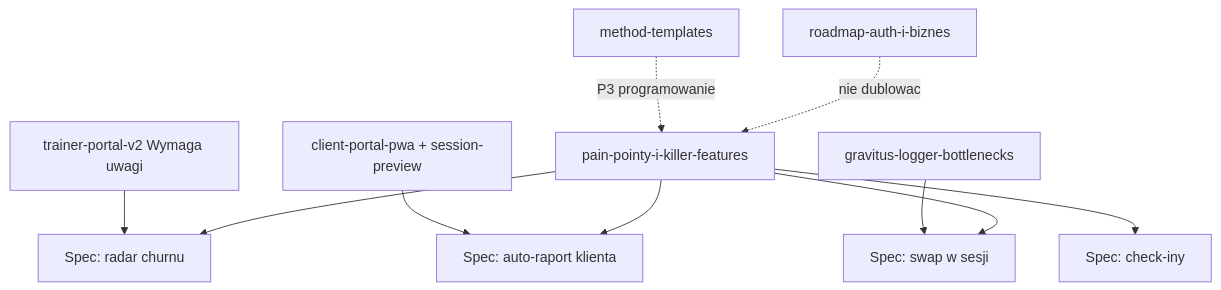
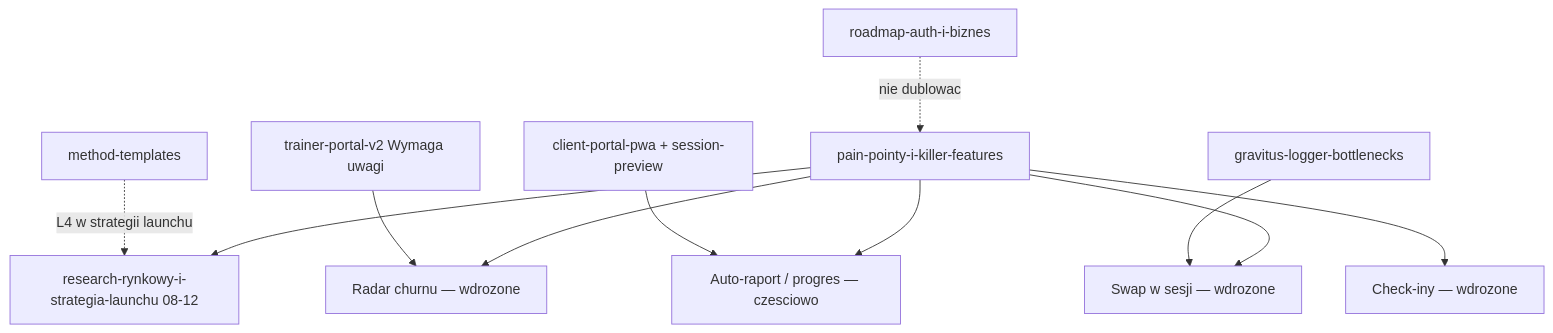
One commit to Prezentytu/trainer-app changed the second of 2 diagrams in .ai/specs/2026-07-30-pain-pointy-i-killer-features.md. Above: the diagram before and after it, drawn with Mermaid. The commit also changed other lines of this file and 7 other files, not shown here.

````diff
--- a/.ai/specs/2026-07-30-pain-pointy-i-killer-features.md
+++ b/.ai/specs/2026-07-30-pain-pointy-i-killer-features.md
@@ -205,12 +211,13 @@
 ```mermaid
 flowchart TD
-  thisDoc["pain-pointy-i-killer-features"] --> p0a["Spec: radar churnu"]
-  thisDoc --> p0b["Spec: auto-raport klienta"]
-  thisDoc --> p1a["Spec: swap w sesji"]
-  thisDoc --> p1b["Spec: check-iny"]
+  thisDoc["pain-pointy-i-killer-features"] --> launch["research-rynkowy-i-strategia-launchu 08-12"]
+  thisDoc --> p0a["Radar churnu — wdrozone"]
+  thisDoc --> p0b["Auto-raport / progres — czesciowo"]
+  thisDoc --> p1a["Swap w sesji — wdrozone"]
+  thisDoc --> p1b["Check-iny — wdrozone"]
   gravitus["gravitus-logger-bottlenecks"] --> p1a
   portal["client-portal-pwa + session-preview"] --> p0b
   v2["trainer-portal-v2 Wymaga uwagi"] --> p0a
   biz["roadmap-auth-i-biznes"] -.->|"nie dublowac"| thisDoc
-  methods["method-templates"] -.->|"P3 programowanie"| thisDoc
+  methods["method-templates"] -.->|"L4 w strategii launchu"| launch
 ```
````
